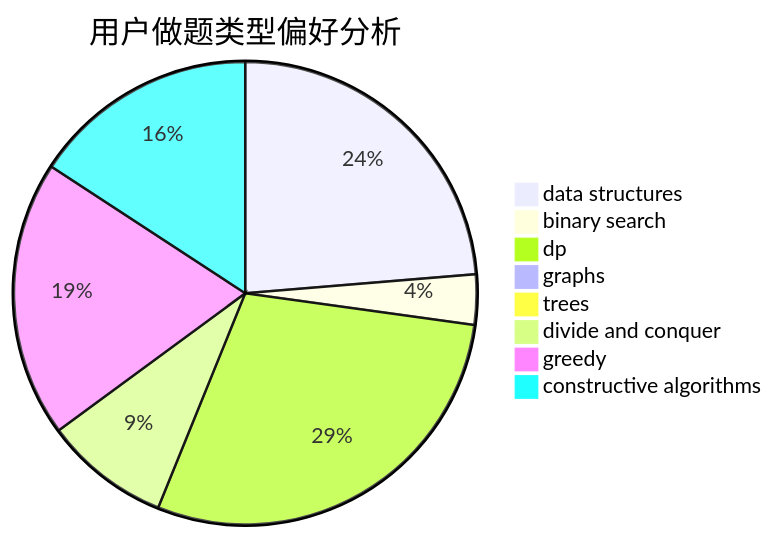
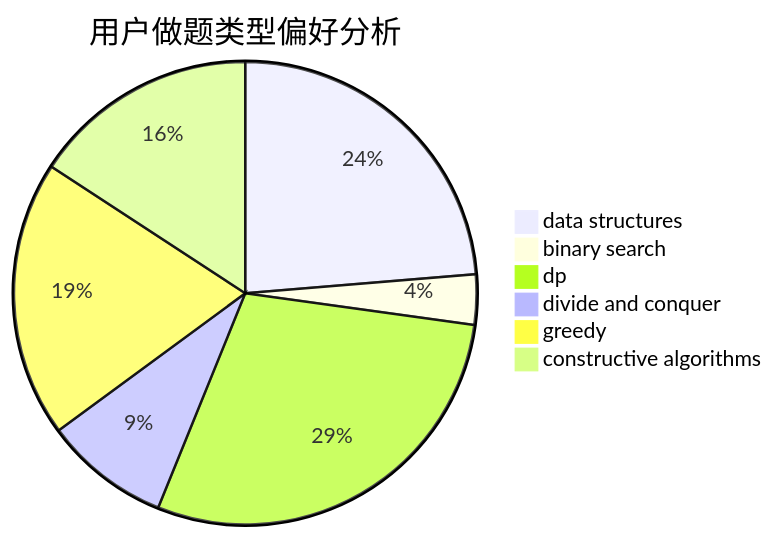
Before and after one commit to sherpahu/cfrs.github.io: the second of 3 diagrams in docs/user/u2109.md, drawn with Mermaid. The commit also changed other lines of this file and 2770 other files, not shown here.

````diff
--- a/docs/user/u2109.md
+++ b/docs/user/u2109.md
@@ -18,11 +16,9 @@
 ```mermaid
 pie title 用户做题类型偏好分析
     "data structures" :  27
     "binary search" :  4
     "dp" :  33
-    "graphs" :  0
-    "trees" :  0
     "divide and conquer" :  10
     "greedy" :  22
     "constructive algorithms" :  18
 ```
````
